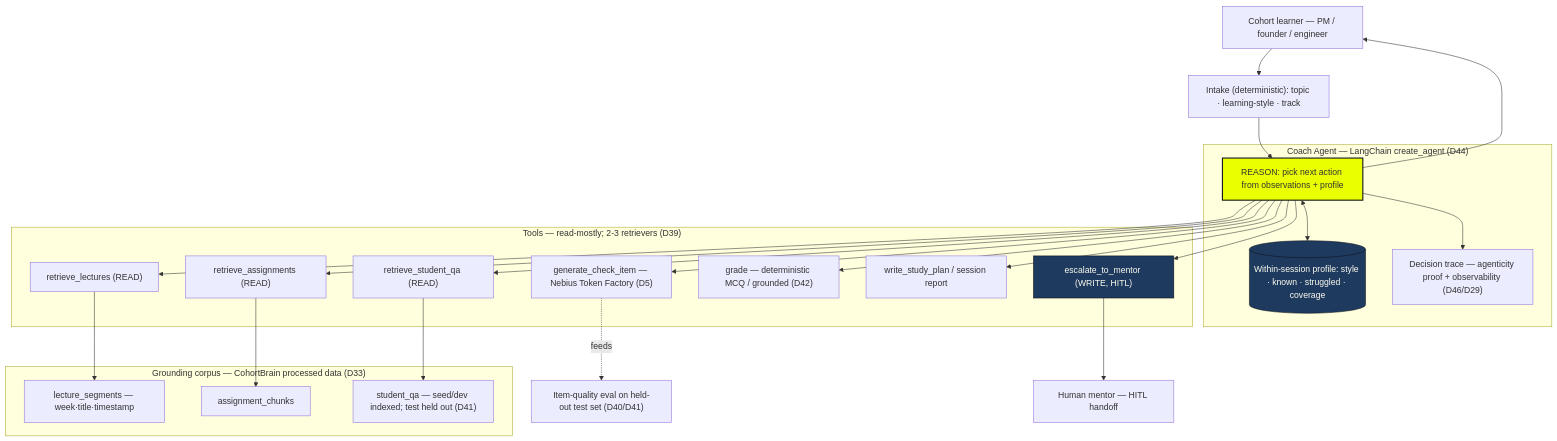
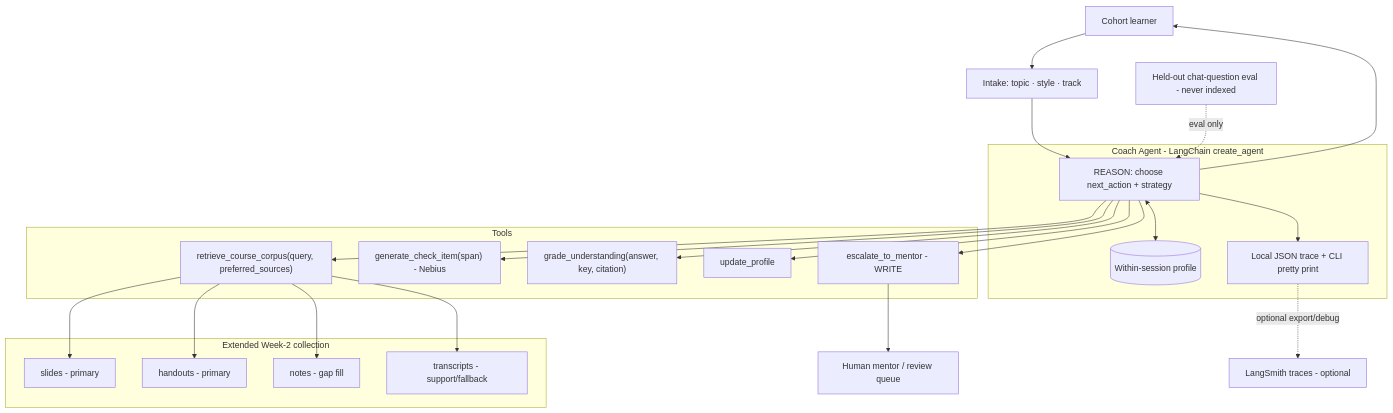
One commit to manjunath84/genacademy-coach changed the first of 7 diagrams in docs/architecture-diagrams.md. Above: the diagram before and after it, drawn with Mermaid. The commit also changed other lines of this file and 13 other files, not shown here.

````diff
--- a/docs/architecture-diagrams.md
+++ b/docs/architecture-diagrams.md
@@ -33,51 +32,47 @@
 ```mermaid
 flowchart TD
-    User["Cohort learner — PM / founder / engineer"]
-    Intake["Intake (deterministic): topic · learning-style · track"]
+    User["Cohort learner"]
+    Intake["Intake: topic · style · track"]
 
-    subgraph Engine["Coach Agent — LangChain create_agent (D44)"]
-        Reason["REASON: pick next action from observations + profile"]
-        Profile[("Within-session profile: style · known · struggled · coverage")]
-        Trace["Decision trace — agenticity proof + observability (D46/D29)"]
+    subgraph Agent["Coach Agent - LangChain create_agent"]
+        Reason["REASON: choose next_action + strategy"]
+        Profile[("Within-session profile")]
+        Trace["Local JSON trace + CLI pretty print"]
     end
 
-    subgraph Tools["Tools — read-mostly; 2-3 retrievers (D39)"]
-        R1["retrieve_lectures (READ)"]
-        R2["retrieve_assignments (READ)"]
-        R3["retrieve_student_qa (READ)"]
-        Gen["generate_check_item — Nebius Token Factory (D5)"]
-        Grade["grade — deterministic MCQ / grounded (D42)"]
-        Plan["write_study_plan / session report"]
-        Esc["escalate_to_mentor (WRITE, HITL)"]
+    subgraph Tools["Tools"]
+        R["retrieve_course_corpus(query, preferred_sources)"]
+        Gen["generate_check_item(span) - Nebius"]
+        Grade["grade_understanding(answer, key, citation)"]
+        Update["update_profile"]
+        Esc["escalate_to_mentor - WRITE"]
     end
 
-    subgraph Corpus["Grounding corpus — CohortBrain processed data (D33)"]
-        I1["lecture_segments — week·title·timestamp"]
-        I2["assignment_chunks"]
-        I3["student_qa — seed/dev indexed; test held out (D41)"]
+    subgraph Corpus["Extended Week-2 collection"]
+        Slides["slides - primary"]
+        Handouts["handouts - primary"]
+        Notes["notes - gap fill"]
+        Transcripts["transcripts - support/fallback"]
     end
 
-    Eval["Item-quality eval on held-out test set (D40/D41)"]
-    Mentor["Human mentor — HITL handoff"]
+    Eval["Held-out chat-question eval - never indexed"]
+    Mentor["Human mentor / review queue"]
+    LangSmith["LangSmith traces - optional"]
 
     User --> Intake --> Reason
-    Reason --> R1
-    Reason --> R2
-    Reason --> R3
+    Reason <--> Profile
+    Reason --> R
+    R --> Slides
+    R --> Handouts
+    R --> Notes
+    R --> Transcripts
     Reason --> Gen
     Reason --> Grade
-    Reason --> Plan
+    Reason --> Update
     Reason --> Esc
-    R1 --> I1
-    R2 --> I2
-    R3 --> I3
-    Reason <--> Profile
     Reason --> Trace
+    Trace -. optional export/debug .-> LangSmith
     Esc --> Mentor
-    Gen -. feeds .-> Eval
+    Eval -. eval only .-> Reason
     Reason --> User
-
-    style Reason fill:#EAFF00,stroke:#0F1419,stroke-width:2px
-    style Profile fill:#1E3A5F,stroke:#0F1419,color:#FDFCEF
-    style Esc fill:#1E3A5F,stroke:#0F1419,color:#FDFCEF
 ```
````
